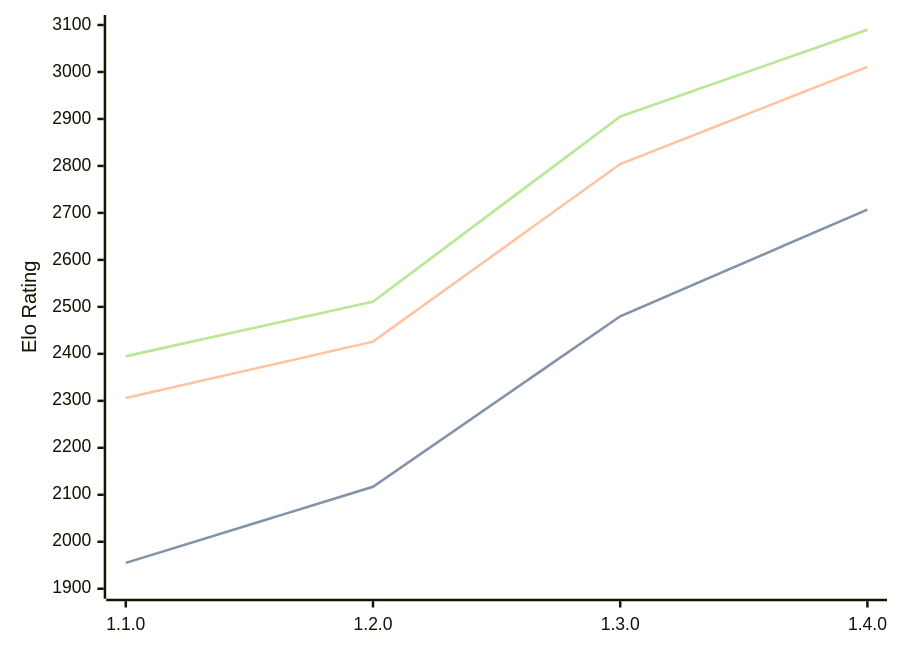
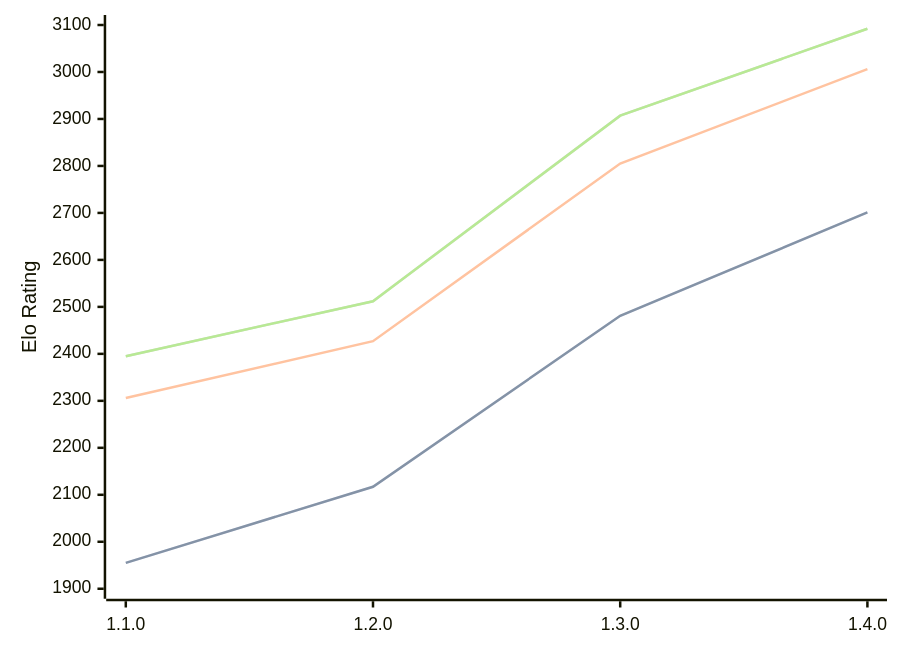
The diagram in engines/Gyatso.md (computer-chess-index/cci), drawn with Mermaid before and after one commit. The commit also changed other lines of this file, not shown here.

Commit message:
Update CCI Ratings (ELO VLTC) - 2026-06-11

````diff
--- a/engines/Gyatso.md
+++ b/engines/Gyatso.md
@@ -35,11 +35,11 @@
 ```mermaid
 %%{init: {"theme":"base","themeVariables":{"seriesColors:['#a3a3a3','#222221','#faa371']}}}%%
 xychart-beta
   x-axis ["1.1.0", "1.2.0", "1.3.0", "1.4.0"]
   y-axis "Elo Rating" 1900 --> 3100
-  line "STC (8.0+0.08s)" [1955, 2117, 2480, 2707]
-  line "STC (8.0+0.08s)" [1955, 2117, 2480, 2707]
-  line "LTC (60.0+0.60s)" [2306, 2426, 2804, 3011]
-  line "VLTC (2m24s+1.12s)" [2395, 2511, 2905, 3090]
-  line "VLTC (2m24s+1.12s)" [2395, 2511, 2905, 3090]
+  line "STC (8.0+0.08s)" [1955, 2117, 2481, 2701]
+  line "STC (8.0+0.08s)" [1955, 2117, 2481, 2701]
+  line "LTC (60.0+0.60s)" [2306, 2427, 2805, 3006]
+  line "VLTC (2m24s+1.12s)" [2395, 2512, 2907, 3092]
+  line "VLTC (2m24s+1.12s)" [2395, 2512, 2907, 3092]
 ```
````
